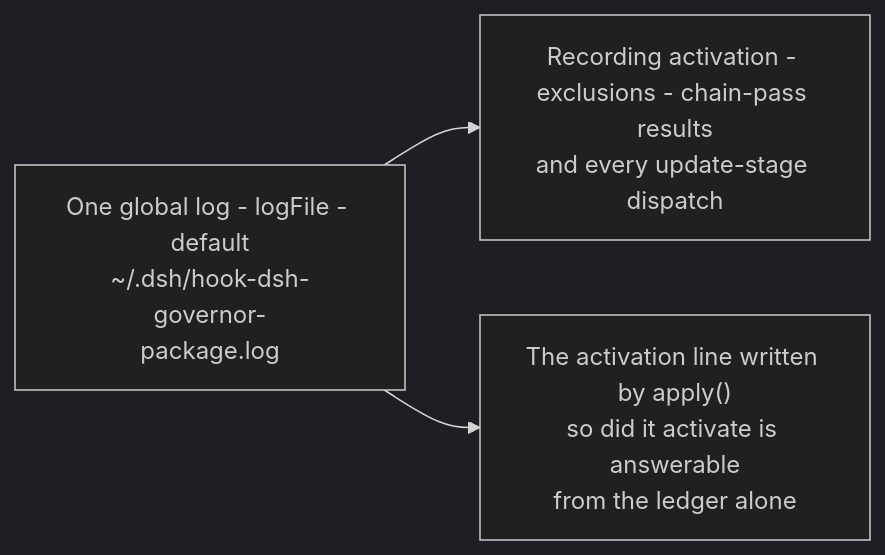
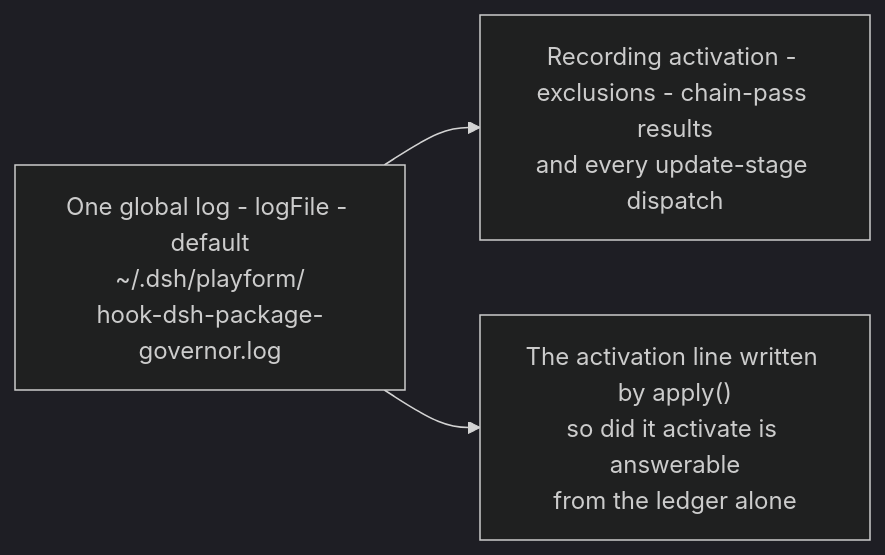
One commit to PlayForm/Site-DeepSeek changed the diagram in Source/Content/Mermaid/govpkg-ledger-log.mmd. Above: the diagram before and after it, drawn with Mermaid (dark theme). The commit also changed 77 other files, not shown here.

```diff
--- a/Source/Content/Mermaid/govpkg-ledger-log.mmd
+++ b/Source/Content/Mermaid/govpkg-ledger-log.mmd
@@ -1,6 +1,6 @@
 flowchart LR
-	LOG["One global log - logFile - default<br/>~/.dsh/hook-dsh-governor-<br/>package.log"]
+	LOG["One global log - logFile - default<br/>~/.dsh/playform/<br/>hook-dsh-package-<br/>governor.log"]
 	REC["Recording activation - exclusions - chain-pass results<br/>and every update-stage dispatch"]
 	ACT["The activation line written by apply()<br/>so did it activate is answerable<br/>from the ledger alone"]
 	LOG --> REC
 	LOG --> ACT
```
